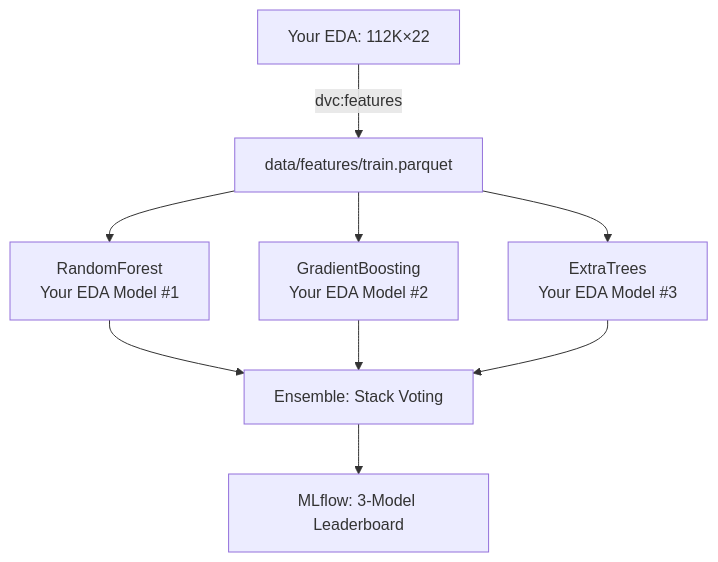
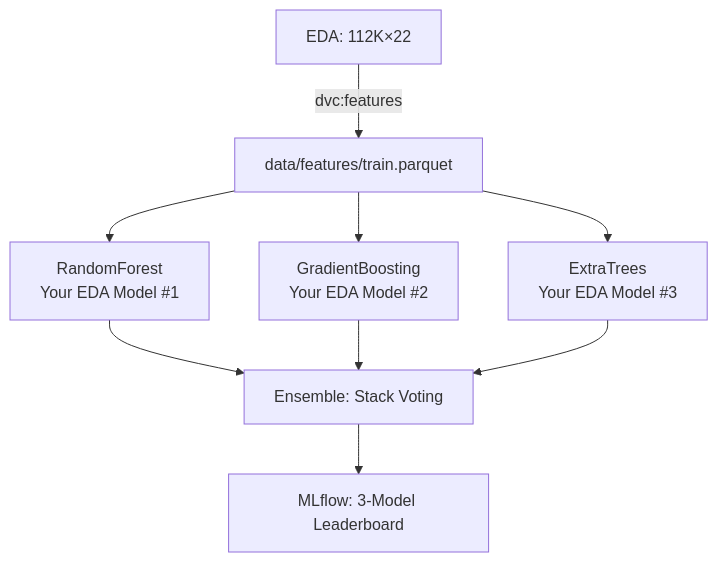
Before and after one commit to vidhya-th/olist_project: the diagram in README.md, drawn with Mermaid.

Commit message:
readme updated

````diff
--- a/README.md
+++ b/README.md
@@ -21,11 +21,11 @@
 ```mermaid
 graph TD
-    A[Your EDA: 112K×22] -->|dvc:features| B[data/features/train.parquet]
+    A[ EDA: 112K×22] -->|dvc:features| B[data/features/train.parquet]
     B --> C[RandomForest<br/>Your EDA Model #1]
     B --> D[GradientBoosting<br/>Your EDA Model #2]
     B --> E[ExtraTrees<br/>Your EDA Model #3]
     C --> F[Ensemble: Stack Voting]
     D --> F
     E --> F
     F --> G[MLflow: 3-Model Leaderboard]
 ```
````
